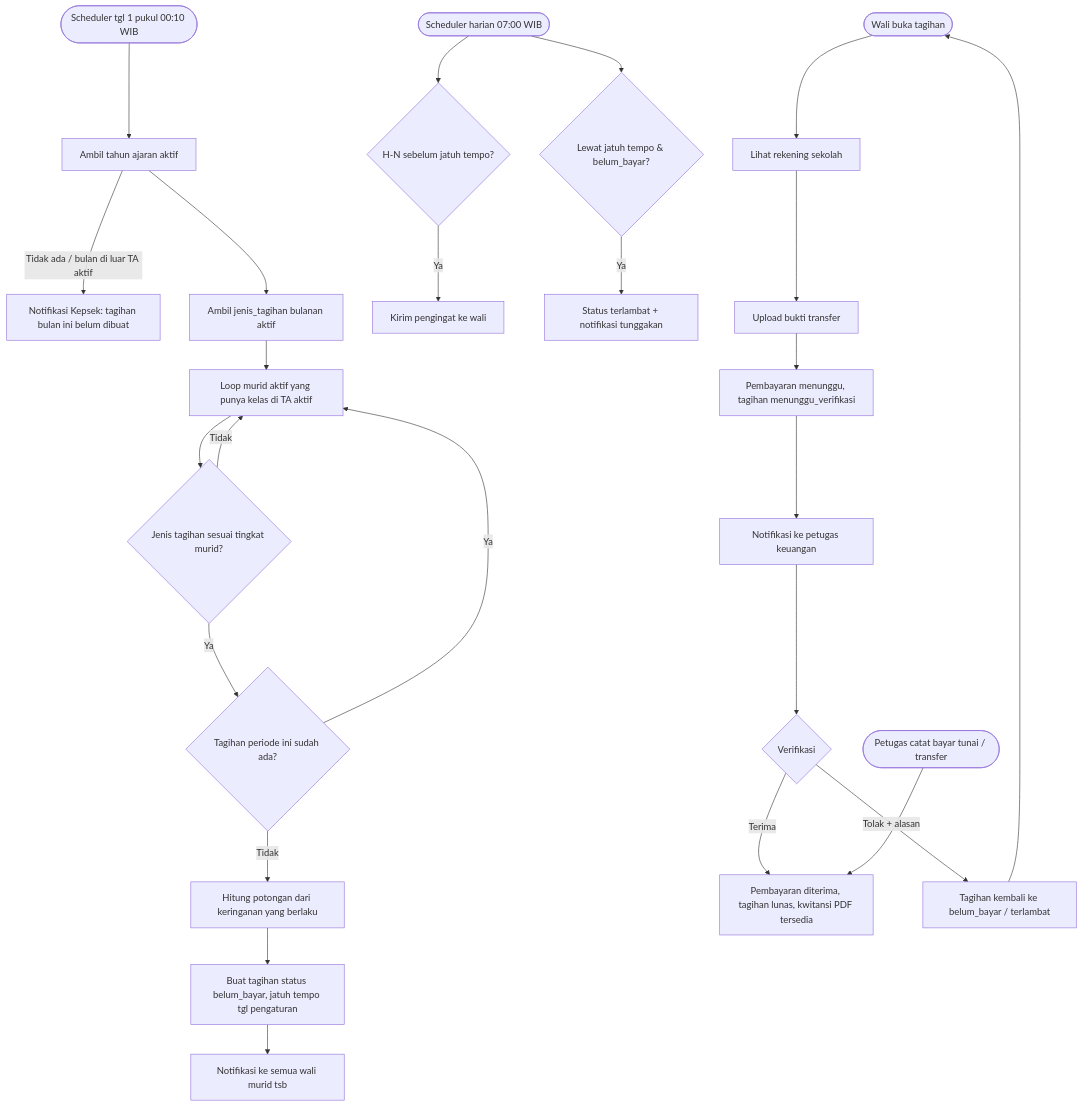
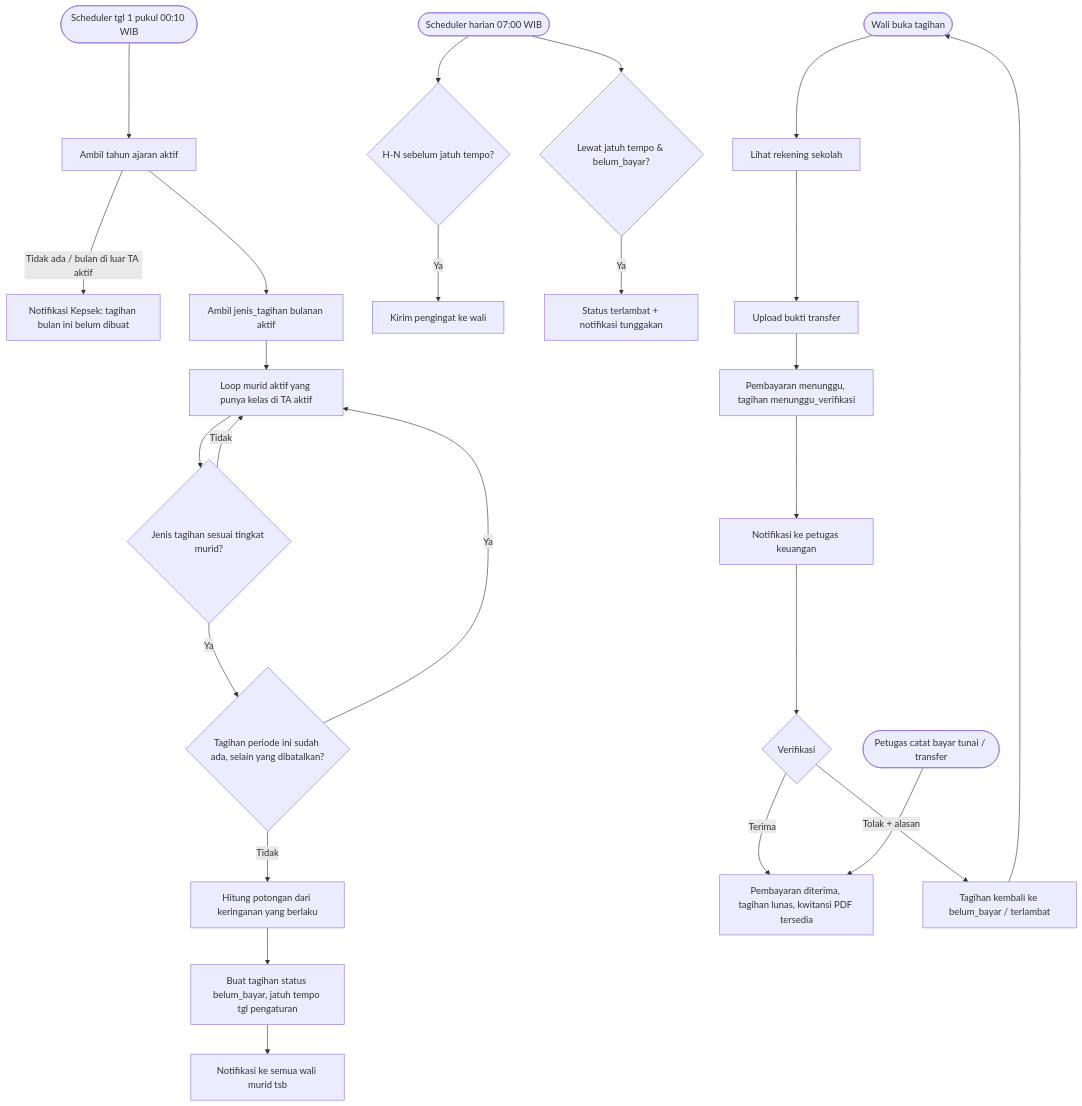
Before and after one commit to Keyanffz/TK_TA8_FE: the third of 5 diagrams in PROMPT_FE_TK.md, drawn with Mermaid. The commit also changed other lines of this file, not shown here.

````diff
--- a/PROMPT_FE_TK.md
+++ b/PROMPT_FE_TK.md
@@ -313,27 +315,27 @@
 ```mermaid
 flowchart TD
     A([Scheduler tgl 1 pukul 00:10 WIB]) --> B[Ambil tahun ajaran aktif]
     B -->|Tidak ada / bulan di luar TA aktif| B2[Notifikasi Kepsek: tagihan bulan ini belum dibuat]
     B --> C[Ambil jenis_tagihan bulanan aktif]
     C --> D[Loop murid aktif yang punya kelas di TA aktif]
     D --> E{Jenis tagihan sesuai tingkat murid?}
     E -->|Tidak| D
-    E -->|Ya| F{Tagihan periode ini sudah ada?}
+    E -->|Ya| F{Tagihan periode ini sudah ada, selain yang dibatalkan?}
     F -->|Ya| D
     F -->|Tidak| G[Hitung potongan dari keringanan yang berlaku]
     G --> H[Buat tagihan status belum_bayar, jatuh tempo tgl pengaturan]
     H --> I[Notifikasi ke semua wali murid tsb]
     J([Scheduler harian 07:00 WIB]) --> K{H-N sebelum jatuh tempo?}
     K -->|Ya| L[Kirim pengingat ke wali]
     J --> M{Lewat jatuh tempo & belum_bayar?}
     M -->|Ya| N[Status terlambat + notifikasi tunggakan]
     O([Wali buka tagihan]) --> P[Lihat rekening sekolah]
     P --> Q[Upload bukti transfer]
     Q --> R[Pembayaran menunggu, tagihan menunggu_verifikasi]
     R --> S[Notifikasi ke petugas keuangan]
     S --> T{Verifikasi}
     T -->|Terima| U[Pembayaran diterima, tagihan lunas, kwitansi PDF tersedia]
     T -->|Tolak + alasan| V[Tagihan kembali ke belum_bayar / terlambat]
     V --> O
     W([Petugas catat bayar tunai / transfer]) --> U
 ```
````
